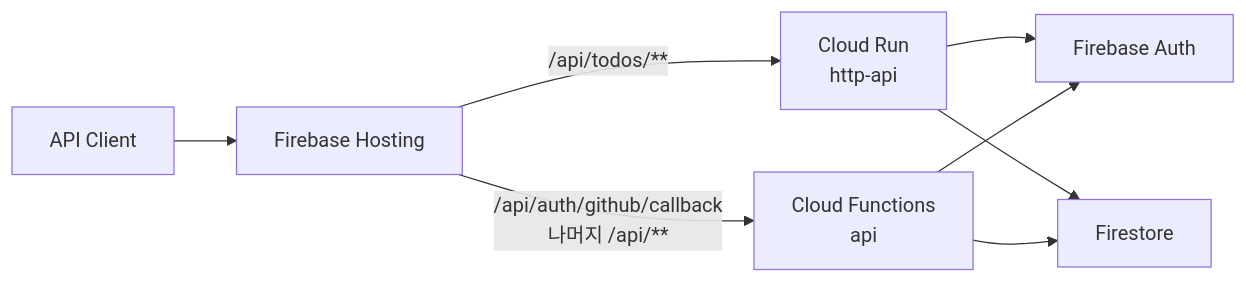
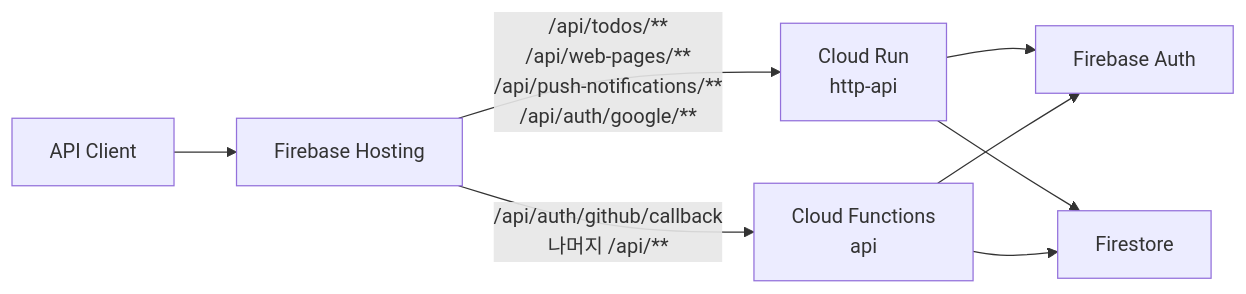
The first of 2 diagrams in README.md (opficdev/DevLog_Firebase), drawn with Mermaid before and after one commit. The commit also changed other lines of this file and 60 other files, not shown here.

````diff
--- a/README.md
+++ b/README.md
@@ -17,10 +17,10 @@
 ```mermaid
 flowchart LR
 	Client["API Client"] --> Hosting["Firebase Hosting"]
-	Hosting -->|"/api/todos/**"| CloudRun["Cloud Run<br/>http-api"]
+	Hosting -->|"/api/todos/**<br/>/api/web-pages/**<br/>/api/push-notifications/**<br/>/api/auth/google/**"| CloudRun["Cloud Run<br/>http-api"]
 	Hosting -->|"/api/auth/github/callback<br/>나머지 /api/**"| Functions["Cloud Functions<br/>api"]
 	CloudRun --> Auth["Firebase Auth"]
 	Functions --> Auth
 	CloudRun --> Firestore["Firestore"]
 	Functions --> Firestore
 ```
````
